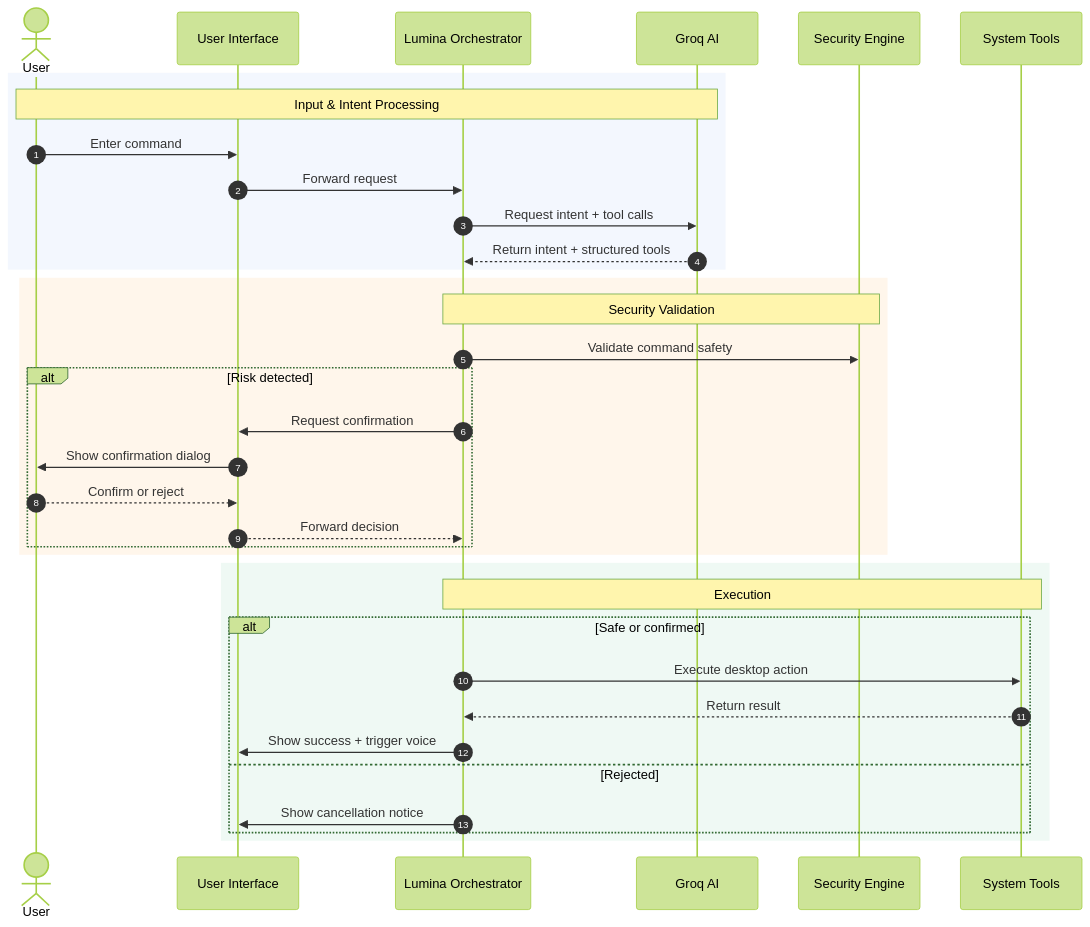
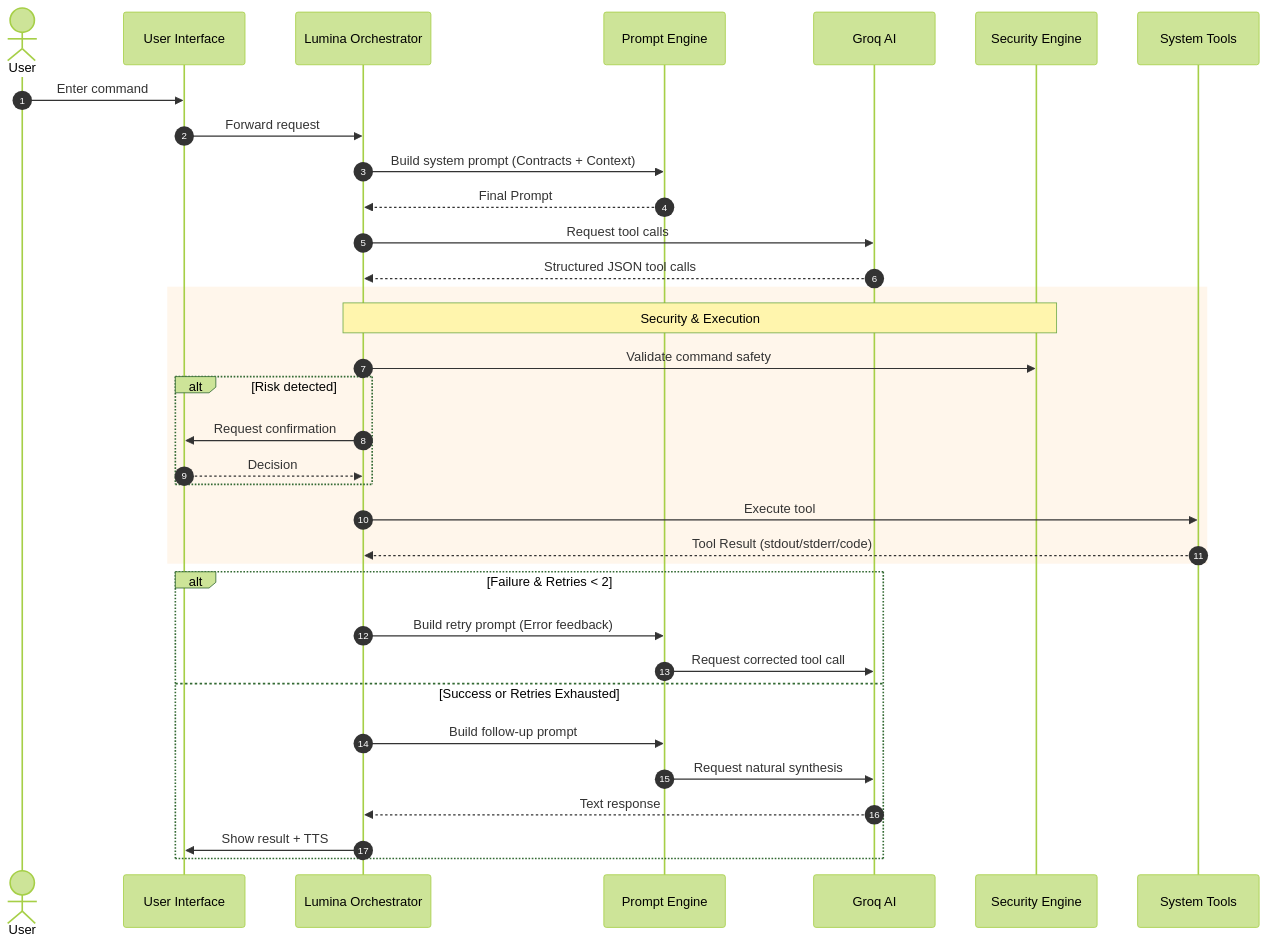
One commit to Rafacuy/desklumina changed the second of 2 diagrams in docs/05-architecture.md. Above: the diagram before and after it, drawn with Mermaid (forest theme). The commit also changed other lines of this file and 21 other files, not shown here.

````diff
--- a/docs/05-architecture.md
+++ b/docs/05-architecture.md
@@ -92,41 +107,39 @@
 ```mermaid
 sequenceDiagram
     autonumber
     actor User
     participant UI as User Interface
     participant Core as Lumina Orchestrator
+    participant Prompt as Prompt Engine
     participant AI as Groq AI
     participant Sec as Security Engine
     participant OS as System Tools
 
-    rect rgba(100, 149, 237, 0.08)
-        Note over User,AI: Input & Intent Processing
-        User->>UI: Enter command
-        UI->>Core: Forward request
-        Core->>AI: Request intent + tool calls
-        AI-->>Core: Return intent + structured tools
+    User->>UI: Enter command
+    UI->>Core: Forward request
+    Core->>Prompt: Build system prompt (Contracts + Context)
+    Prompt-->>Core: Final Prompt
+    Core->>AI: Request tool calls
+    AI-->>Core: Structured JSON tool calls
+    
+    rect rgba(255, 140, 0, 0.08)
+        Note over Core,Sec: Security & Execution
+        Core->>Sec: Validate command safety
+        alt Risk detected
+            Core->>UI: Request confirmation
+            UI-->>Core: Decision
+        end
+        Core->>OS: Execute tool
+        OS-->>Core: Tool Result (stdout/stderr/code)
     end
 
-    rect rgba(255, 140, 0, 0.08)
-        Note over Core,Sec: Security Validation
-        Core->>Sec: Validate command safety
-
-        alt Risk detected
-            Core->>UI: Request confirmation
-            UI->>User: Show confirmation dialog
-            User-->>UI: Confirm or reject
-            UI-->>Core: Forward decision
-        end
-    end
-
-    rect rgba(60, 179, 113, 0.08)
-        Note over Core,OS: Execution
-        alt Safe or confirmed
-            Core->>OS: Execute desktop action
-            OS-->>Core: Return result
-            Core->>UI: Show success + trigger voice
-        else Rejected
-            Core->>UI: Show cancellation notice
-        end
+    alt Failure & Retries < 2
+        Core->>Prompt: Build retry prompt (Error feedback)
+        Prompt->>AI: Request corrected tool call
+    else Success or Retries Exhausted
+        Core->>Prompt: Build follow-up prompt
+        Prompt->>AI: Request natural synthesis
+        AI-->>Core: Text response
+        Core->>UI: Show result + TTS
     end
 ```
````
